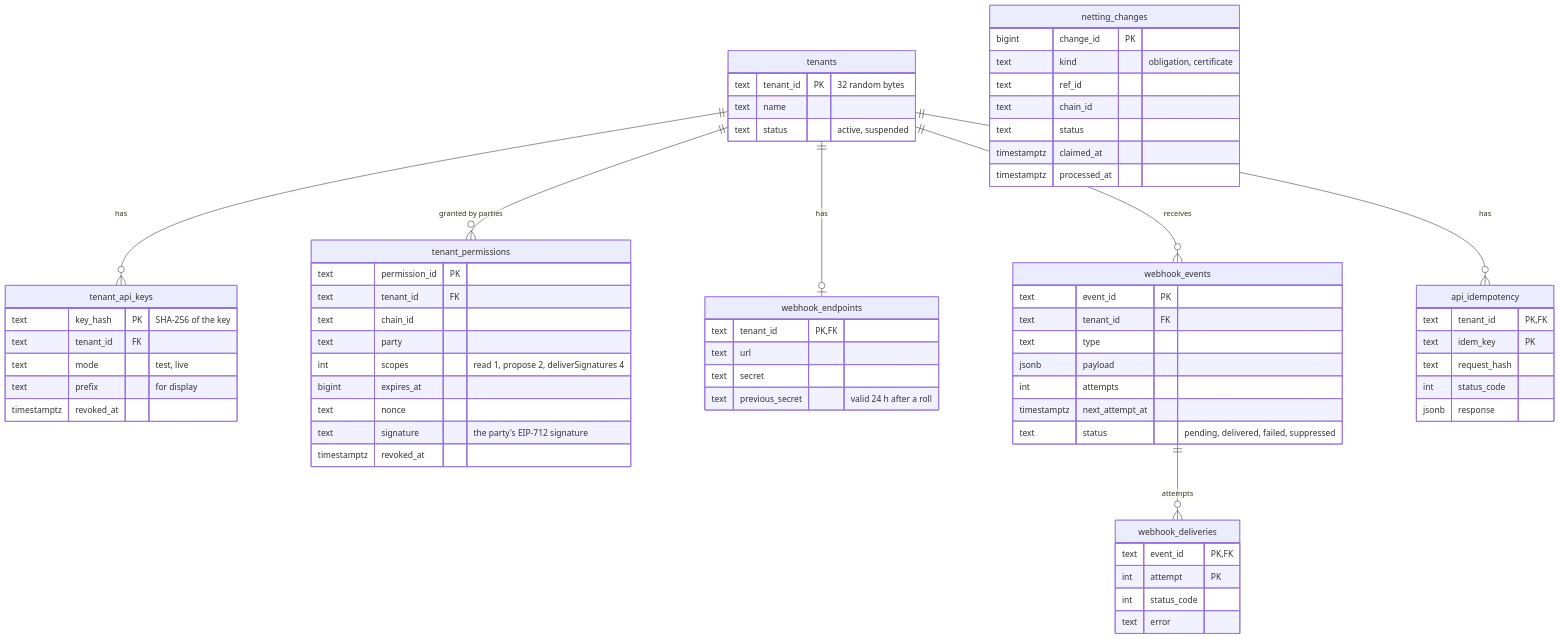
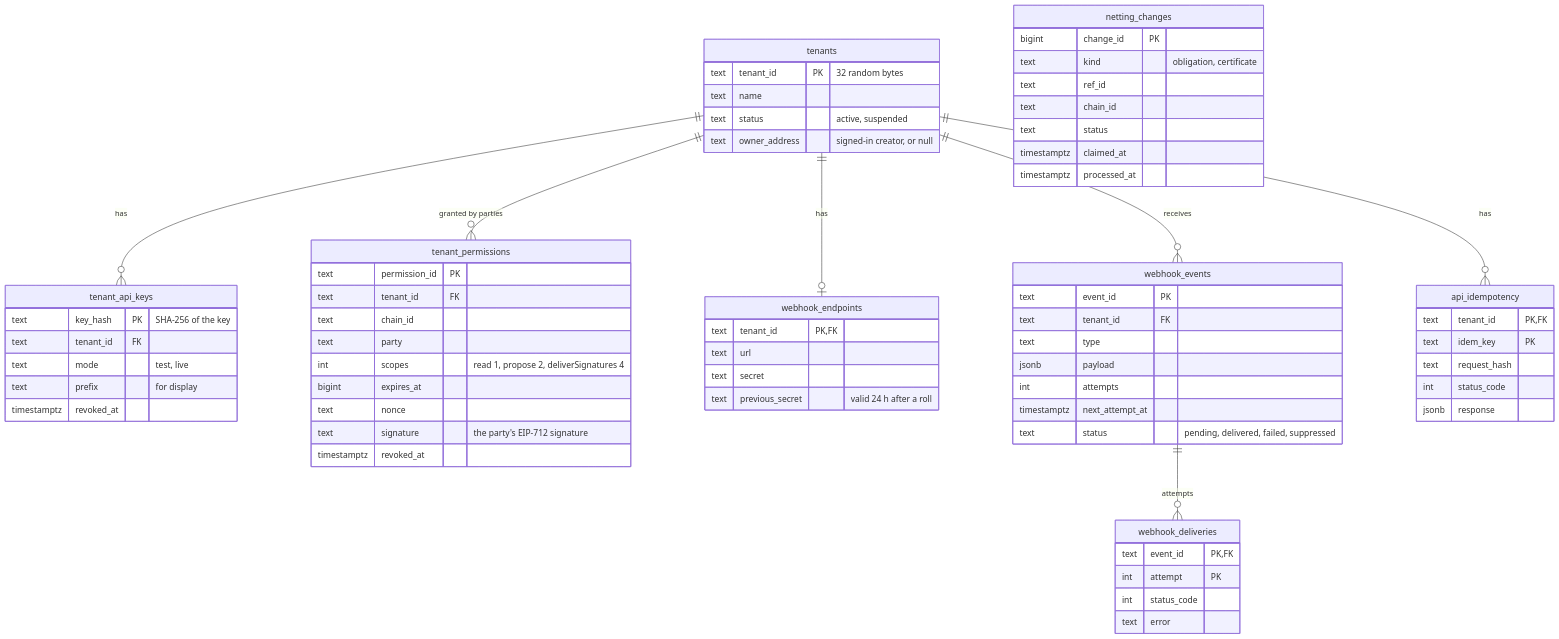
Before and after one commit to AduAkorful/contraflow: the third of 3 diagrams in docs/gitbook/reference/data-model.md, drawn with Mermaid. The commit also changed other lines of this file and 146 other files, not shown here.

````diff
--- a/docs/gitbook/reference/data-model.md
+++ b/docs/gitbook/reference/data-model.md
@@ -146,69 +146,70 @@
 ```mermaid
 erDiagram
   tenants {
     text tenant_id PK "32 random bytes"
     text name
     text status "active, suspended"
+    text owner_address "signed-in creator, or null"
   }
   tenant_api_keys {
     text key_hash PK "SHA-256 of the key"
     text tenant_id FK
     text mode "test, live"
     text prefix "for display"
     timestamptz revoked_at
   }
   tenant_permissions {
     text permission_id PK
     text tenant_id FK
     text chain_id
     text party
     int scopes "read 1, propose 2, deliverSignatures 4"
     bigint expires_at
     text nonce
     text signature "the party's EIP-712 signature"
     timestamptz revoked_at
   }
   webhook_endpoints {
     text tenant_id PK, FK
     text url
     text secret
     text previous_secret "valid 24 h after a roll"
   }
   webhook_events {
     text event_id PK
     text tenant_id FK
     text type
     jsonb payload
     int attempts
     timestamptz next_attempt_at
     text status "pending, delivered, failed, suppressed"
   }
   webhook_deliveries {
     text event_id PK, FK
     int attempt PK
     int status_code
     text error
   }
   api_idempotency {
     text tenant_id PK, FK
     text idem_key PK
     text request_hash
     int status_code
     jsonb response
   }
   netting_changes {
     bigint change_id PK
     text kind "obligation, certificate"
     text ref_id
     text chain_id
     text status
     timestamptz claimed_at
     timestamptz processed_at
   }
   tenants ||--o{ tenant_api_keys : has
   tenants ||--o{ tenant_permissions : "granted by parties"
   tenants ||--o| webhook_endpoints : has
   tenants ||--o{ webhook_events : receives
   webhook_events ||--o{ webhook_deliveries : attempts
   tenants ||--o{ api_idempotency : has
 ```
````
